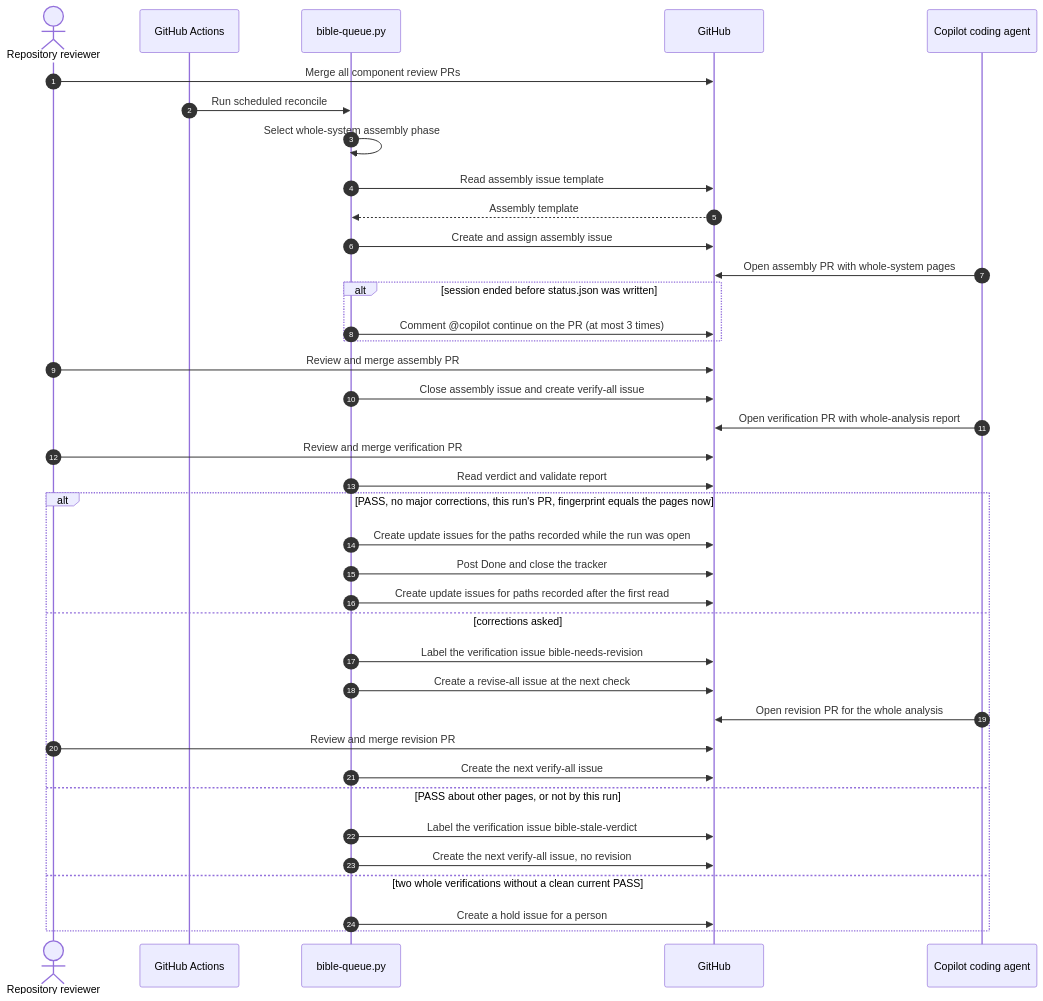
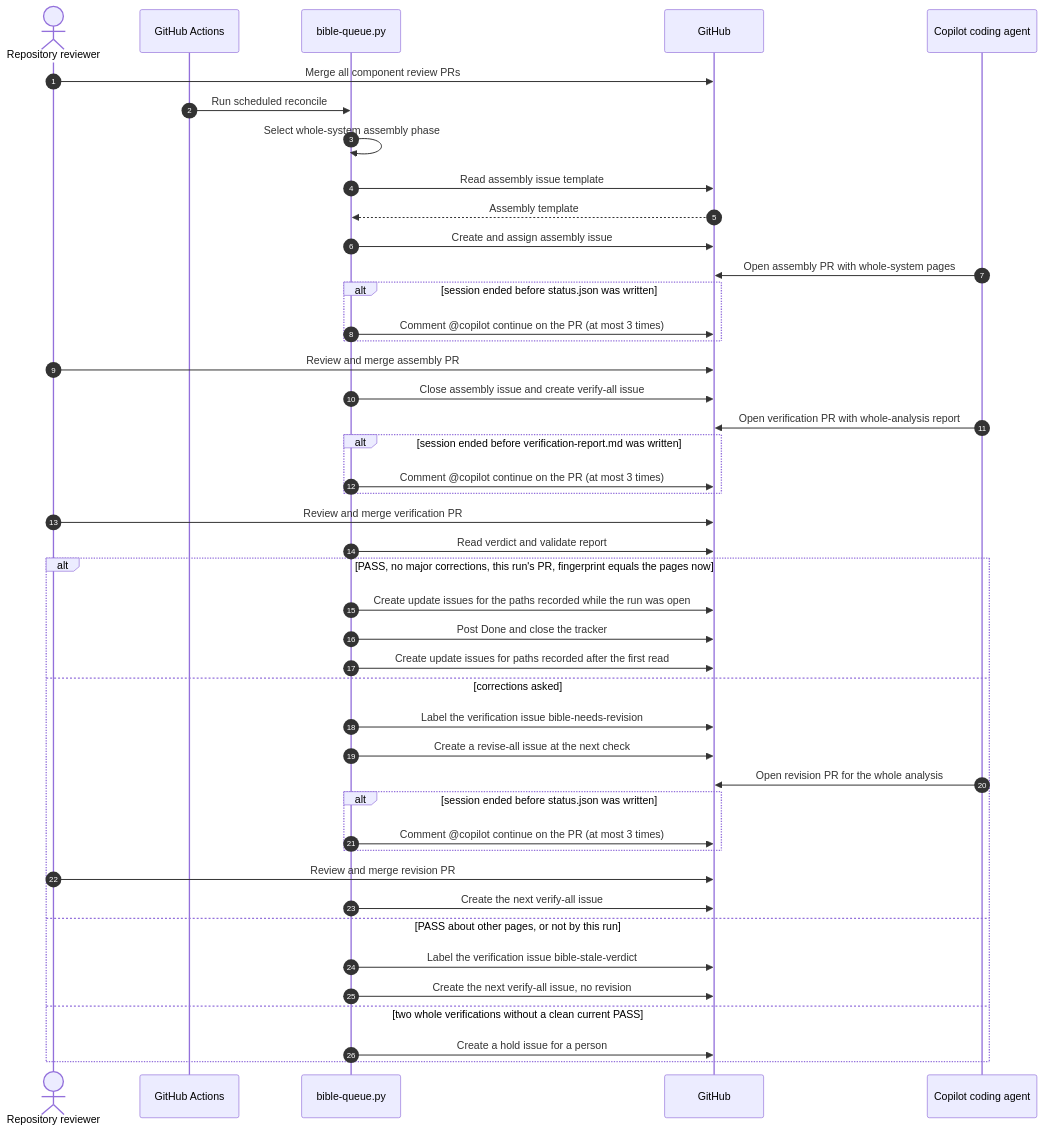
The fourth of 10 diagrams in codebase-analysis/hld/05-key-flows.md (vishalc412/bible-mode-b-test), drawn with Mermaid before and after one commit. The commit also changed other lines of this file and 41 other files, not shown here.

````diff
--- a/codebase-analysis/hld/05-key-flows.md
+++ b/codebase-analysis/hld/05-key-flows.md
@@ -179,40 +182,46 @@
 ```mermaid
 sequenceDiagram
   autonumber
   actor Reviewer as Repository reviewer
   participant Actions as GitHub Actions
   participant Queue as bible-queue.py
   participant API as GitHub
   participant Agent as Copilot coding agent
   Reviewer->>API: Merge all component review PRs
   Actions->>Queue: Run scheduled reconcile
   Queue->>Queue: Select whole-system assembly phase
   Queue->>API: Read assembly issue template
   API-->>Queue: Assembly template
   Queue->>API: Create and assign assembly issue
   Agent->>API: Open assembly PR with whole-system pages
   alt session ended before status.json was written
     Queue->>API: Comment @copilot continue on the PR (at most 3 times)
   end
   Reviewer->>API: Review and merge assembly PR
   Queue->>API: Close assembly issue and create verify-all issue
   Agent->>API: Open verification PR with whole-analysis report
+  alt session ended before verification-report.md was written
+    Queue->>API: Comment @copilot continue on the PR (at most 3 times)
+  end
   Reviewer->>API: Review and merge verification PR
   Queue->>API: Read verdict and validate report
   alt PASS, no major corrections, this run's PR, fingerprint equals the pages now
     Queue->>API: Create update issues for the paths recorded while the run was open
     Queue->>API: Post Done and close the tracker
     Queue->>API: Create update issues for paths recorded after the first read
   else corrections asked
     Queue->>API: Label the verification issue bible-needs-revision
     Queue->>API: Create a revise-all issue at the next check
     Agent->>API: Open revision PR for the whole analysis
+    alt session ended before status.json was written
+      Queue->>API: Comment @copilot continue on the PR (at most 3 times)
+    end
     Reviewer->>API: Review and merge revision PR
     Queue->>API: Create the next verify-all issue
   else PASS about other pages, or not by this run
     Queue->>API: Label the verification issue bible-stale-verdict
     Queue->>API: Create the next verify-all issue, no revision
   else two whole verifications without a clean current PASS
     Queue->>API: Create a hold issue for a person
   end
 ```
````
